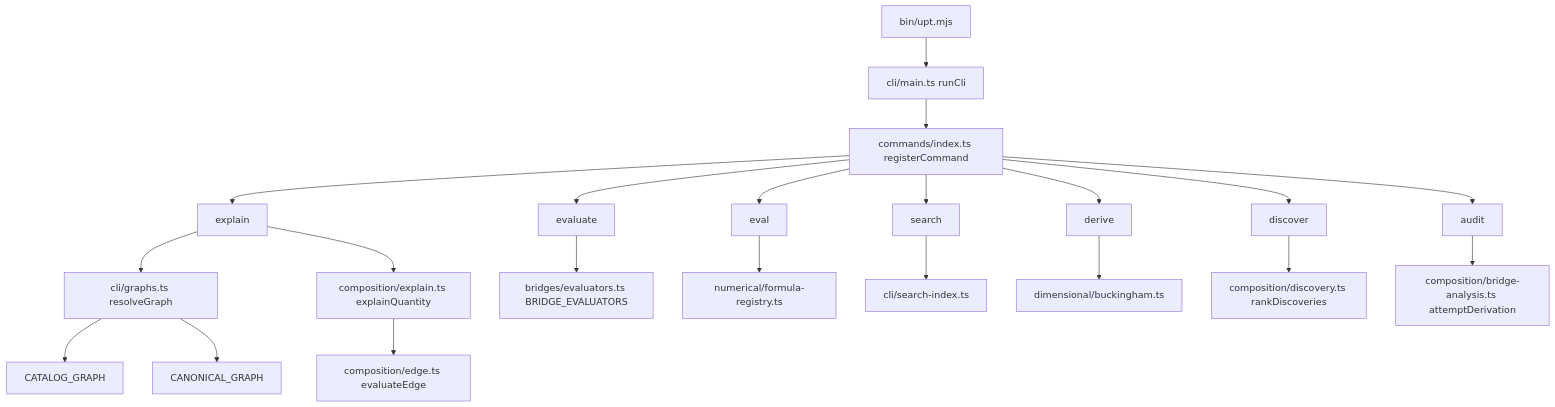
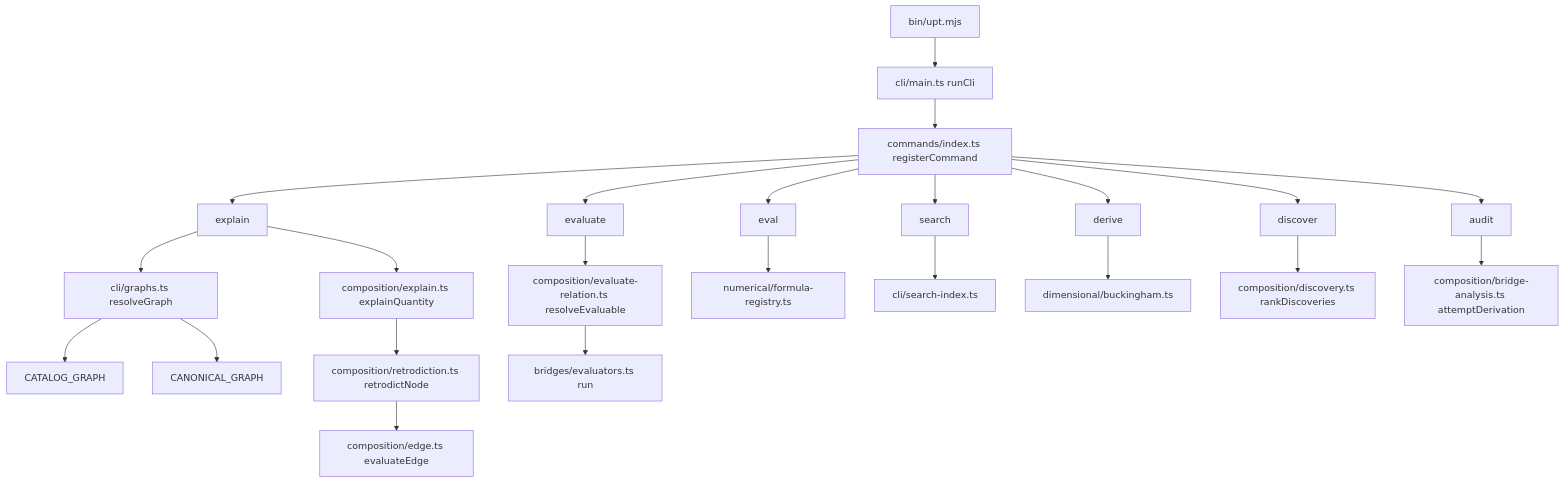
The diagram in docs/architecture/INTEGRATION_MAP.md (danielsimonjr/Universal-Physics-Tensor), drawn with Mermaid before and after one commit. The commit also changed other lines of this file and 25 other files, not shown here.

First line of the commit message:
docs: re-measure the architecture documents and run repo-tools check in the pre-push hook (#520)

````diff
--- a/docs/architecture/INTEGRATION_MAP.md
+++ b/docs/architecture/INTEGRATION_MAP.md
@@ -88,23 +37,25 @@
 ```mermaid
 flowchart TD
   bin["bin/upt.mjs"] --> runCli["cli/main.ts runCli"]
   runCli --> reg["commands/index.ts registerCommand"]
   reg --> explain
   reg --> evaluate
   reg --> evalcmd["eval"]
   reg --> search
   reg --> derive
   reg --> discover
   reg --> audit
   explain --> graphs["cli/graphs.ts resolveGraph"]
-  evaluate --> evalreg["bridges/evaluators.ts BRIDGE_EVALUATORS"]
+  evaluate --> resolve["composition/evaluate-relation.ts resolveEvaluable"]
+  resolve --> evalreg["bridges/evaluators.ts run"]
   evalcmd --> parser["numerical/formula-registry.ts"]
   search --> index["cli/search-index.ts"]
   derive --> buck["dimensional/buckingham.ts"]
   discover --> rank["composition/discovery.ts rankDiscoveries"]
   audit --> attempt["composition/bridge-analysis.ts attemptDerivation"]
   graphs --> catalog["CATALOG_GRAPH"]
   graphs --> canon["CANONICAL_GRAPH"]
   explain --> eq["composition/explain.ts explainQuantity"]
-  eq --> edge["composition/edge.ts evaluateEdge"]
+  eq --> retro["composition/retrodiction.ts retrodictNode"]
+  retro --> edge["composition/edge.ts evaluateEdge"]
 ```
````
